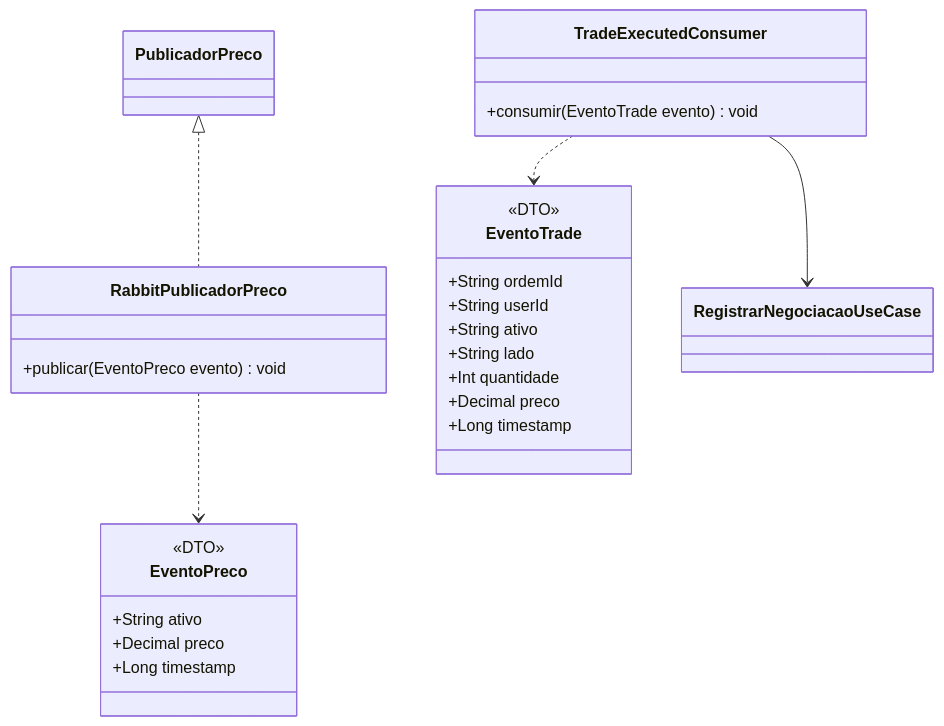
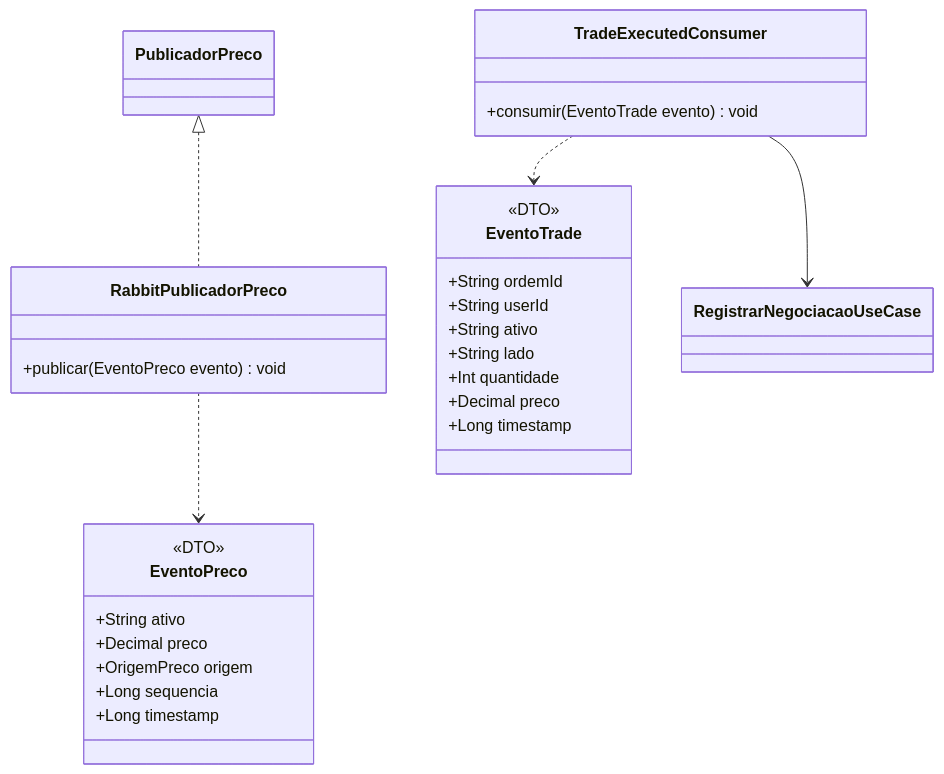
One commit to ysrael12/CruelMarketLTDA changed the sixth of 6 diagrams in P1/especificação de mercado/Diagrama de classes - market data.md. Above: the diagram before and after it, drawn with Mermaid. The commit also changed other lines of this file and 20 other files, not shown here.

````diff
--- a/P1/especificação de mercado/Diagrama de classes - market data.md
+++ b/P1/especificação de mercado/Diagrama de classes - market data.md
@@ -333,34 +379,36 @@
 ```mermaid
 classDiagram
   class TradeExecutedConsumer {
     +consumir(EventoTrade evento) void
   }
 
   class RabbitPublicadorPreco {
     +publicar(EventoPreco evento) void
   }
 
   class EventoTrade {
     <<DTO>>
     +String ordemId
     +String userId
     +String ativo
     +String lado
     +Int quantidade
     +Decimal preco
     +Long timestamp
   }
 
   class EventoPreco {
     <<DTO>>
     +String ativo
     +Decimal preco
+    +OrigemPreco origem
+    +Long sequencia
     +Long timestamp
   }
 
   TradeExecutedConsumer --> RegistrarNegociacaoUseCase
   TradeExecutedConsumer ..> EventoTrade
 
   PublicadorPreco <|.. RabbitPublicadorPreco
   RabbitPublicadorPreco ..> EventoPreco
 ```
````
